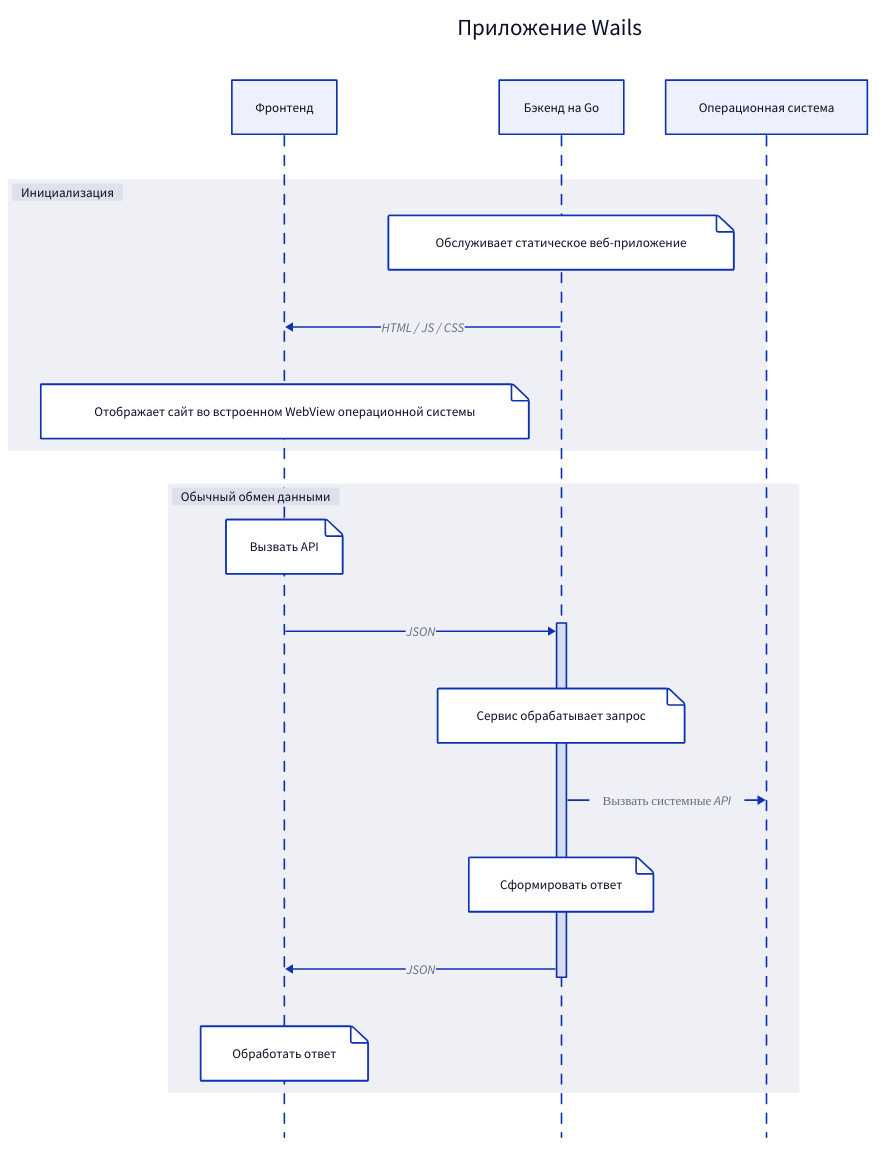
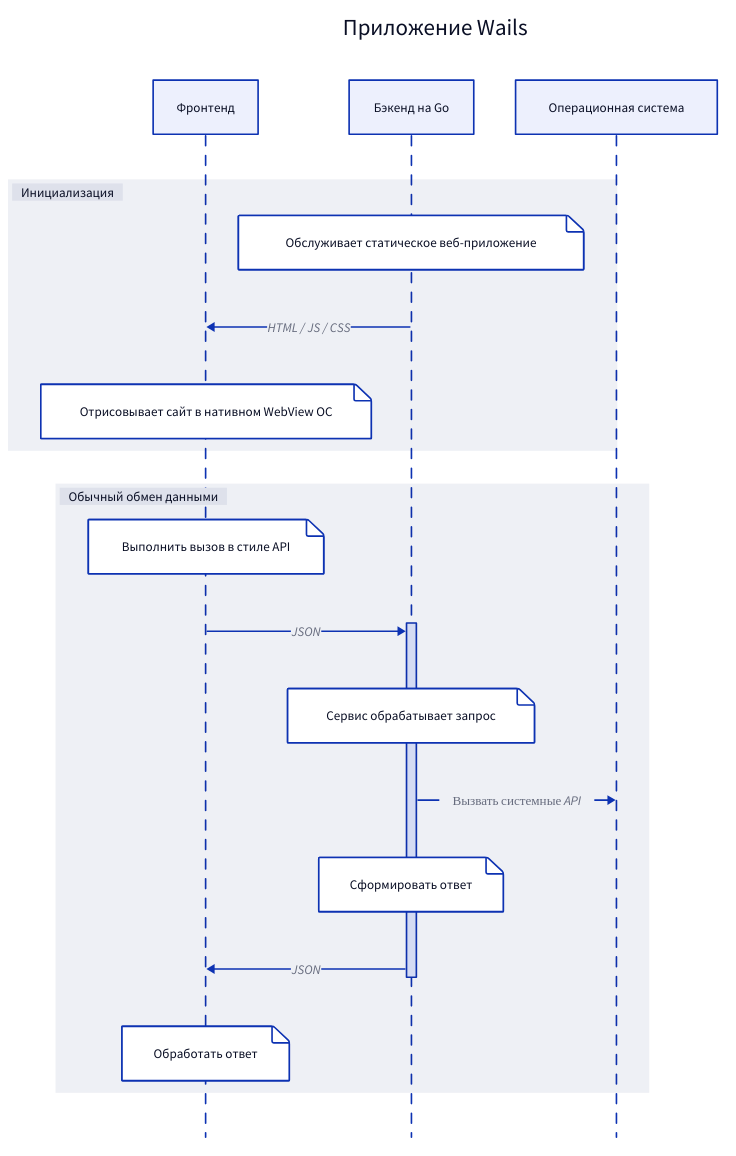
Before and after one commit to wailsapp/wails: the first of 8 diagrams in docs/mpress/content/ru/concepts/architecture.md, drawn with D2. The commit also changed other lines of this file and 1096 other files, not shown here.

````diff
--- a/docs/mpress/content/ru/concepts/architecture.md
+++ b/docs/mpress/content/ru/concepts/architecture.md
@@ -10,30 +10,30 @@
 ```d2
 direction: left
 
 Wails App: {
   shape: sequence_diagram
   label: Приложение Wails
 
   frontend: Фронтенд
   backend: Бэкенд на Go
   os: Операционная система
 
   Initialisation: Инициализация {
     shape: sequence_diagram
     backend."Serves Static Web App": Обслуживает статическое веб-приложение
     backend -> frontend: HTML / JS / CSS
-    frontend."Render Site via OS-native WebView": Отображает сайт во встроенном WebView операционной системы
+    frontend."Render Site via OS-native WebView": Отрисовывает сайт в нативном WebView ОС
   }
   Regular Communication: Обычный обмен данными {
     shape: sequence_diagram
-    frontend."Make API-style call": Вызвать API
+    frontend."Make API-style call": Выполнить вызов в стиле API
     frontend -> backend.a: JSON
     backend.a."Service processes request": Сервис обрабатывает запрос
     backend.a -> os: Вызвать системные API
     backend.a."Generate Response": Сформировать ответ
     backend.a -> frontend: JSON
     frontend."Process response": Обработать ответ
   }
   backend.a.label: a
 }
 ```
````
